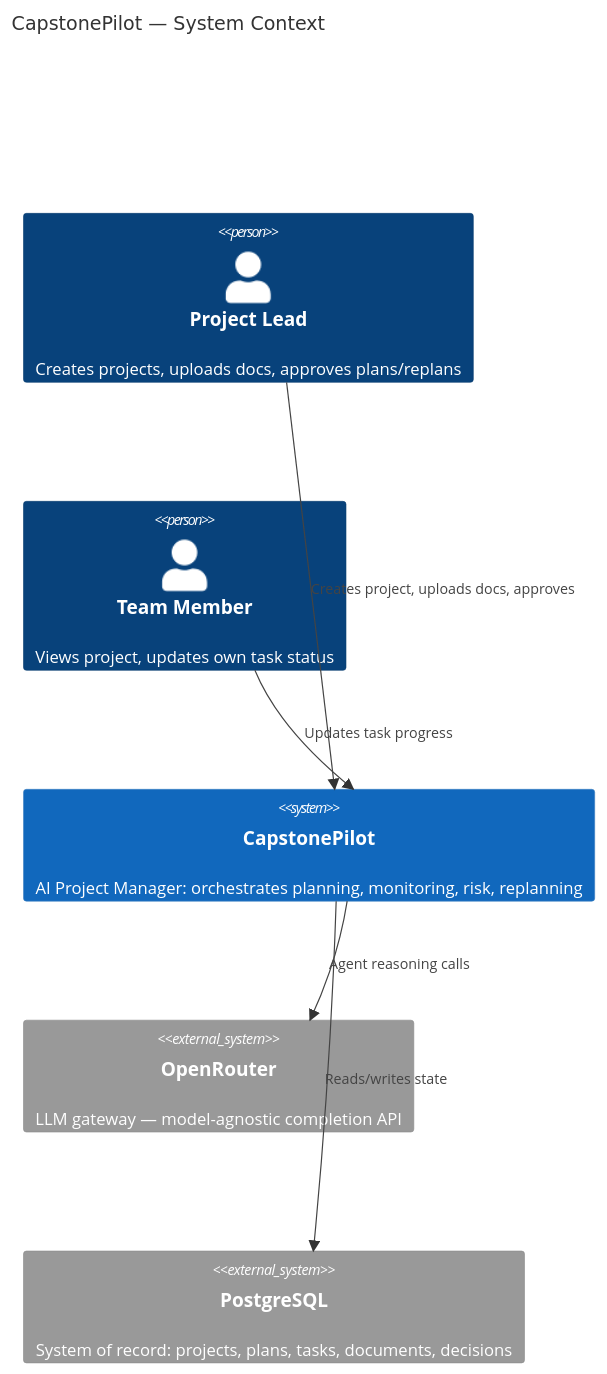
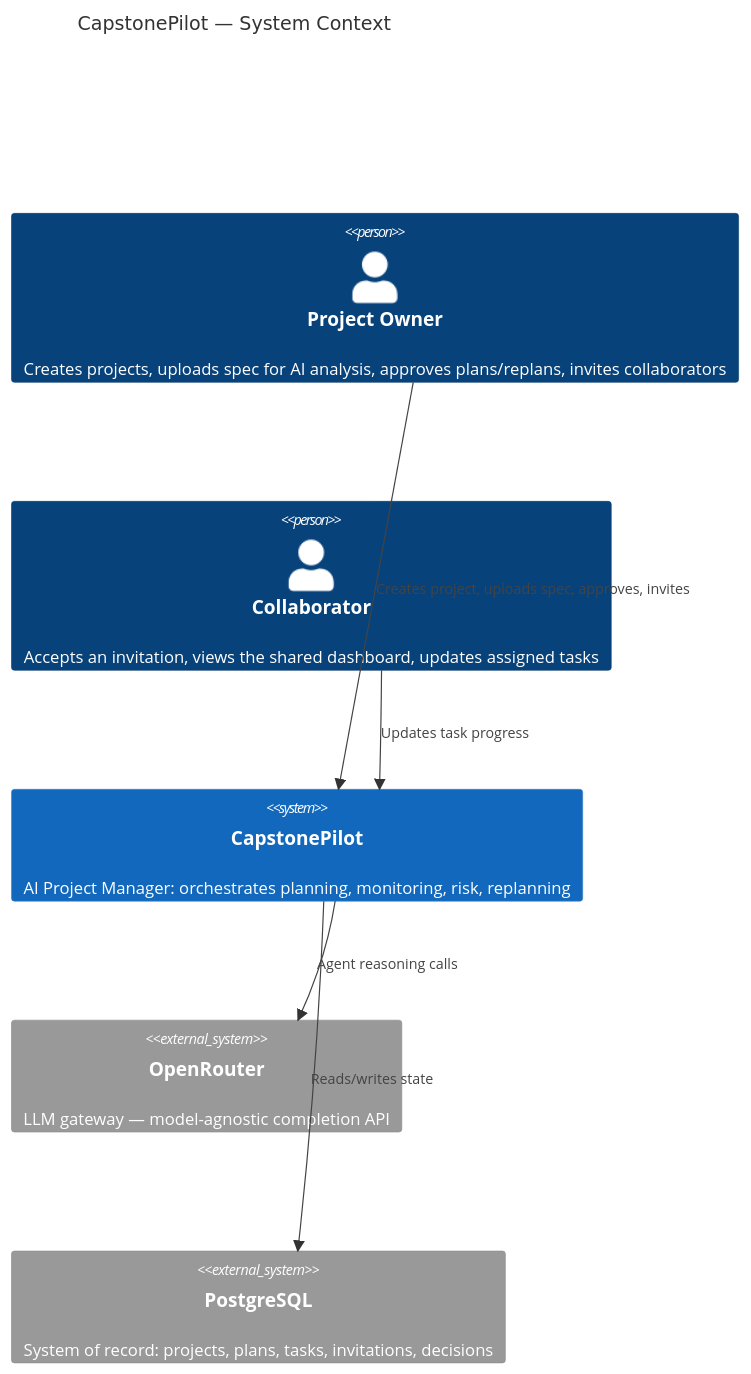
One commit to alotaibiaseel22-ops/CapstonePilot changed the first of 4 diagrams in docs/architecture.md. Above: the diagram before and after it, drawn with Mermaid. The commit also changed other lines of this file and 43 other files, not shown here.

First line of the commit message:
Simplify roles to Project Owner / Collaborator; real invitations replace direct-add

````diff
--- a/docs/architecture.md
+++ b/docs/architecture.md
@@ -22,14 +22,14 @@
 ```mermaid
 C4Context
 title CapstonePilot — System Context
-Person(leader, "Project Lead", "Creates projects, uploads docs, approves plans/replans")
-Person(member, "Team Member", "Views project, updates own task status")
+Person(owner, "Project Owner", "Creates projects, uploads spec for AI analysis, approves plans/replans, invites collaborators")
+Person(collaborator, "Collaborator", "Accepts an invitation, views the shared dashboard, updates assigned tasks")
 System(cp, "CapstonePilot", "AI Project Manager: orchestrates planning, monitoring, risk, replanning")
 System_Ext(llm, "OpenRouter", "LLM gateway — model-agnostic completion API")
-System_Ext(db, "PostgreSQL", "System of record: projects, plans, tasks, documents, decisions")
+System_Ext(db, "PostgreSQL", "System of record: projects, plans, tasks, invitations, decisions")
 
-Rel(leader, cp, "Creates project, uploads docs, approves")
-Rel(member, cp, "Updates task progress")
+Rel(owner, cp, "Creates project, uploads spec, approves, invites")
+Rel(collaborator, cp, "Updates task progress")
 Rel(cp, llm, "Agent reasoning calls")
 Rel(cp, db, "Reads/writes state")
 ```
````
